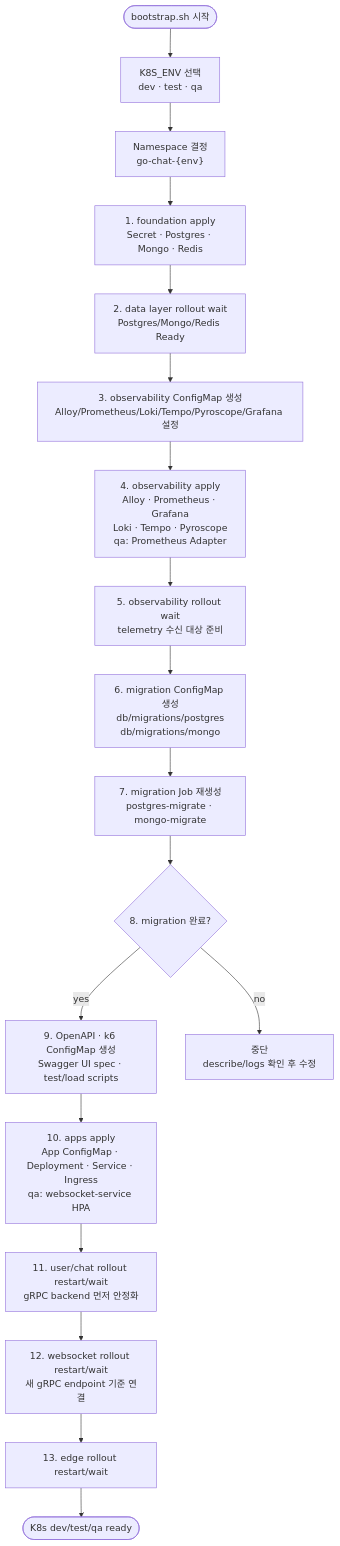
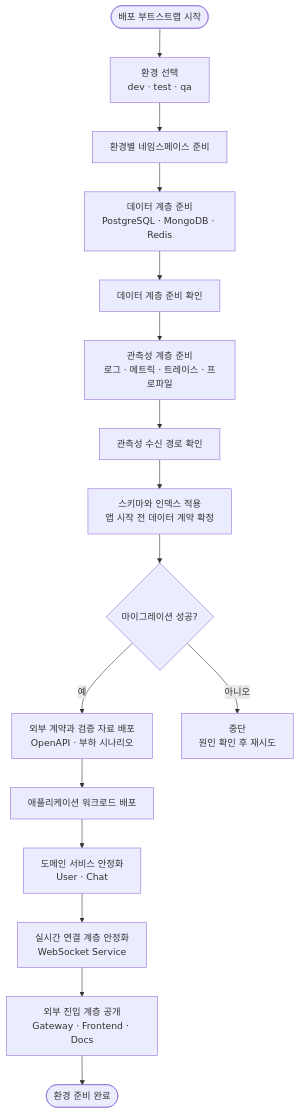
The diagram in docs/diagrams/flow-k8s-bootstrap.mmd (happyhun/go-chat-msa), drawn with Mermaid before and after one commit. The commit also changed 11 other files, not shown here.

Commit message:
docs: 다이어그램 흐름 정리

```diff
--- a/docs/diagrams/flow-k8s-bootstrap.mmd
+++ b/docs/diagrams/flow-k8s-bootstrap.mmd
@@ -1,30 +1,29 @@
 flowchart TB
-    Start([bootstrap.sh 시작])
+    Start([배포 부트스트랩 시작])
 
-    Env["K8S_ENV 선택<br/>dev · test · qa"]
-    NS["Namespace 결정<br/>go-chat-{env}"]
+    Env["환경 선택<br/>dev · test · qa"]
+    Namespace["환경별 네임스페이스 준비"]
 
-    Foundation["1. foundation apply<br/>Secret · Postgres · Mongo · Redis"]
-    DataWait["2. data layer rollout wait<br/>Postgres/Mongo/Redis Ready"]
+    Data["데이터 계층 준비<br/>PostgreSQL · MongoDB · Redis"]
+    DataReady["데이터 계층 준비 확인"]
 
-    ObservabilityCM["3. observability ConfigMap 생성<br/>Alloy/Prometheus/Loki/Tempo/Pyroscope/Grafana 설정"]
-    Observability["4. observability apply<br/>Alloy · Prometheus · Grafana<br/>Loki · Tempo · Pyroscope<br/>qa: Prometheus Adapter"]
-    ObsWait["5. observability rollout wait<br/>telemetry 수신 대상 준비"]
+    Observability["관측성 계층 준비<br/>로그 · 메트릭 · 트레이스 · 프로파일"]
+    ObservabilityReady["관측성 수신 경로 확인"]
 
-    MigrationCM["6. migration ConfigMap 생성<br/>db/migrations/postgres<br/>db/migrations/mongo"]
-    MigrationJob["7. migration Job 재생성<br/>postgres-migrate · mongo-migrate"]
-    MigrationWait{"8. migration 완료?"}
+    Migrations["스키마와 인덱스 적용<br/>앱 시작 전 데이터 계약 확정"]
+    MigrationCheck{"마이그레이션 성공?"}
 
-    OpenAPICM["9. OpenAPI · k6 ConfigMap 생성<br/>Swagger UI spec · test/load scripts"]
-    Apps["10. apps apply<br/>App ConfigMap · Deployment · Service · Ingress<br/>qa: websocket-service HPA"]
-    CoreRestart["11. user/chat rollout restart/wait<br/>gRPC backend 먼저 안정화"]
-    WSRestart["12. websocket rollout restart/wait<br/>새 gRPC endpoint 기준 연결"]
-    EdgeRestart["13. edge rollout restart/wait"]
-    Done([K8s dev/test/qa ready])
+    Contracts["외부 계약과 검증 자료 배포<br/>OpenAPI · 부하 시나리오"]
+    Apps["애플리케이션 워크로드 배포"]
+    Core["도메인 서비스 안정화<br/>User · Chat"]
+    Realtime["실시간 연결 계층 안정화<br/>WebSocket Service"]
+    Edge["외부 진입 계층 공개<br/>Gateway · Frontend · Docs"]
+    Done([환경 준비 완료])
 
-    Fail["중단<br/>describe/logs 확인 후 수정"]
+    Fail["중단<br/>원인 확인 후 재시도"]
 
-    Start --> Env --> NS --> Foundation --> DataWait --> ObservabilityCM --> Observability --> ObsWait
-    ObsWait --> MigrationCM --> MigrationJob --> MigrationWait
-    MigrationWait -- "yes" --> OpenAPICM --> Apps --> CoreRestart --> WSRestart --> EdgeRestart --> Done
-    MigrationWait -- "no" --> Fail
+    Start --> Env --> Namespace --> Data --> DataReady
+    DataReady --> Observability --> ObservabilityReady
+    ObservabilityReady --> Migrations --> MigrationCheck
+    MigrationCheck -- "예" --> Contracts --> Apps --> Core --> Realtime --> Edge --> Done
+    MigrationCheck -- "아니오" --> Fail
```
